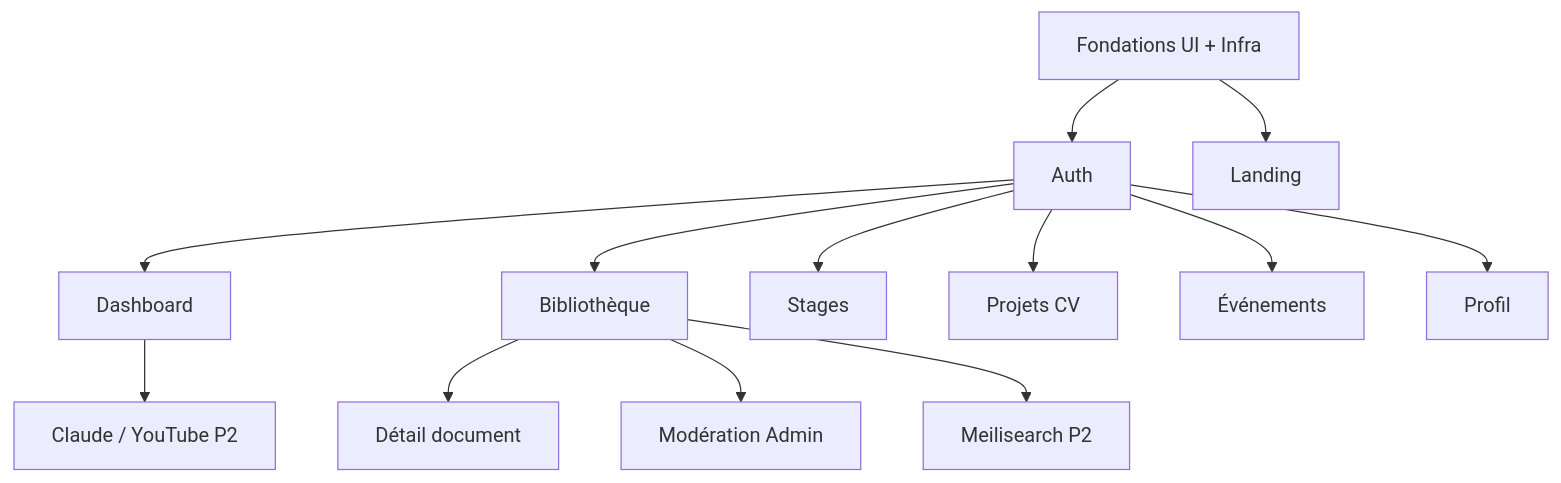
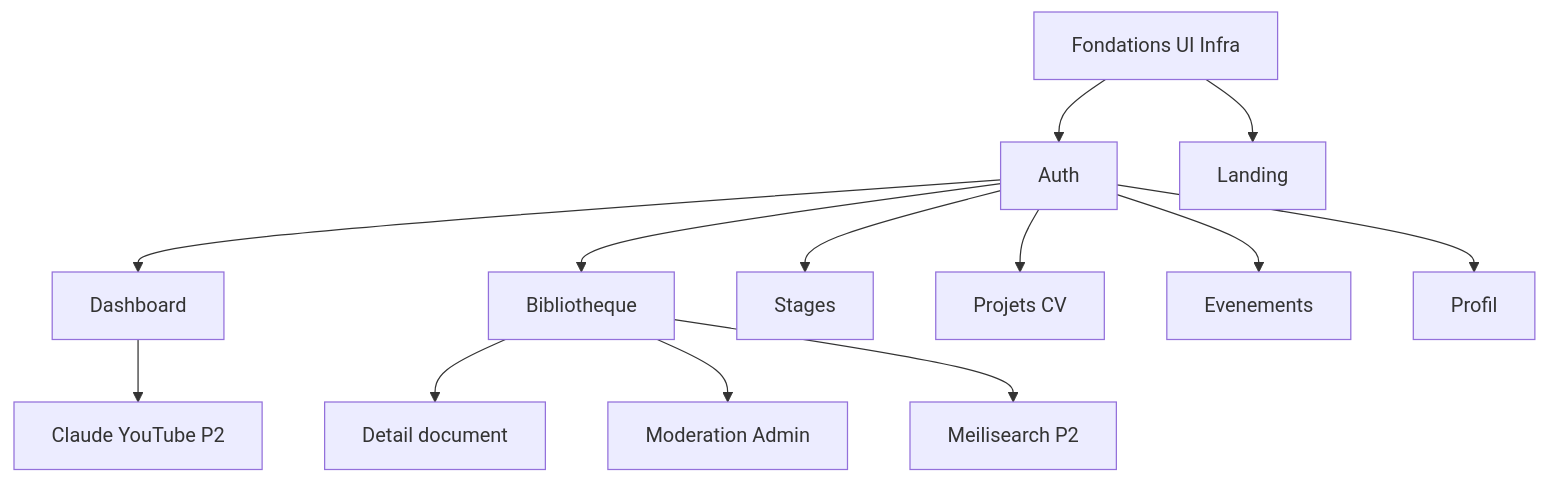
Before and after one commit to Claude20022002/StudyLib: diagram 15 of 15 in docs/RAPPORT.md, drawn with Mermaid. The commit also changed other lines of this file, not shown here.

Commit message:
Update RAPPORT.md to enhance compatibility with GitHub by adjusting Mermaid diagram labels, standardizing terminology, and improving clarity in various sections, including functional modules and user flows.

````diff
--- a/docs/RAPPORT.md
+++ b/docs/RAPPORT.md
@@ -1742,15 +1759,15 @@
 ```mermaid
 flowchart TD
-    F[Fondations UI + Infra] --> AUTH[Auth]
+    F[Fondations UI Infra] --> AUTH[Auth]
     F --> LAND[Landing]
     AUTH --> DASH[Dashboard]
-    AUTH --> DOC[Bibliothèque]
-    DOC --> DET[Détail document]
-    DOC --> MOD[Modération Admin]
+    AUTH --> DOC[Bibliotheque]
+    DOC --> DET[Detail document]
+    DOC --> MOD[Moderation Admin]
     AUTH --> STG[Stages]
     AUTH --> PRJ[Projets CV]
-    AUTH --> EVT[Événements]
+    AUTH --> EVT[Evenements]
     AUTH --> PRF[Profil]
     DOC --> MEILI[Meilisearch P2]
-    DASH --> IA[Claude / YouTube P2]
+    DASH --> IA[Claude YouTube P2]
 ```
````
